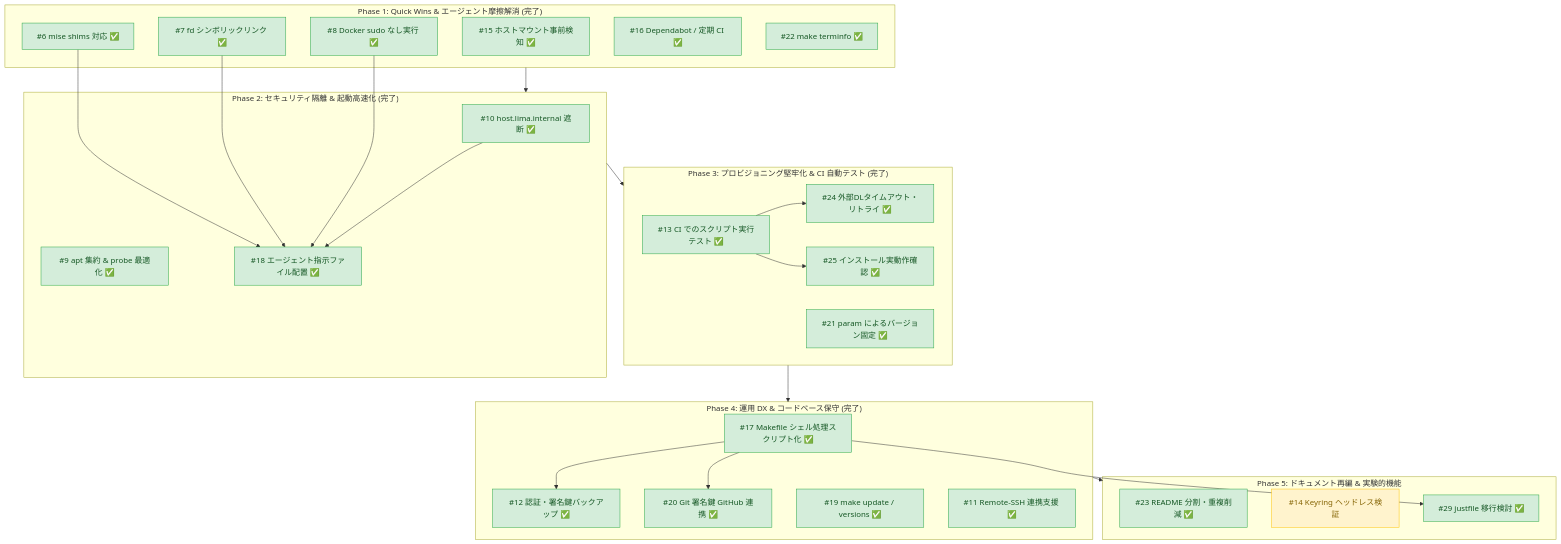
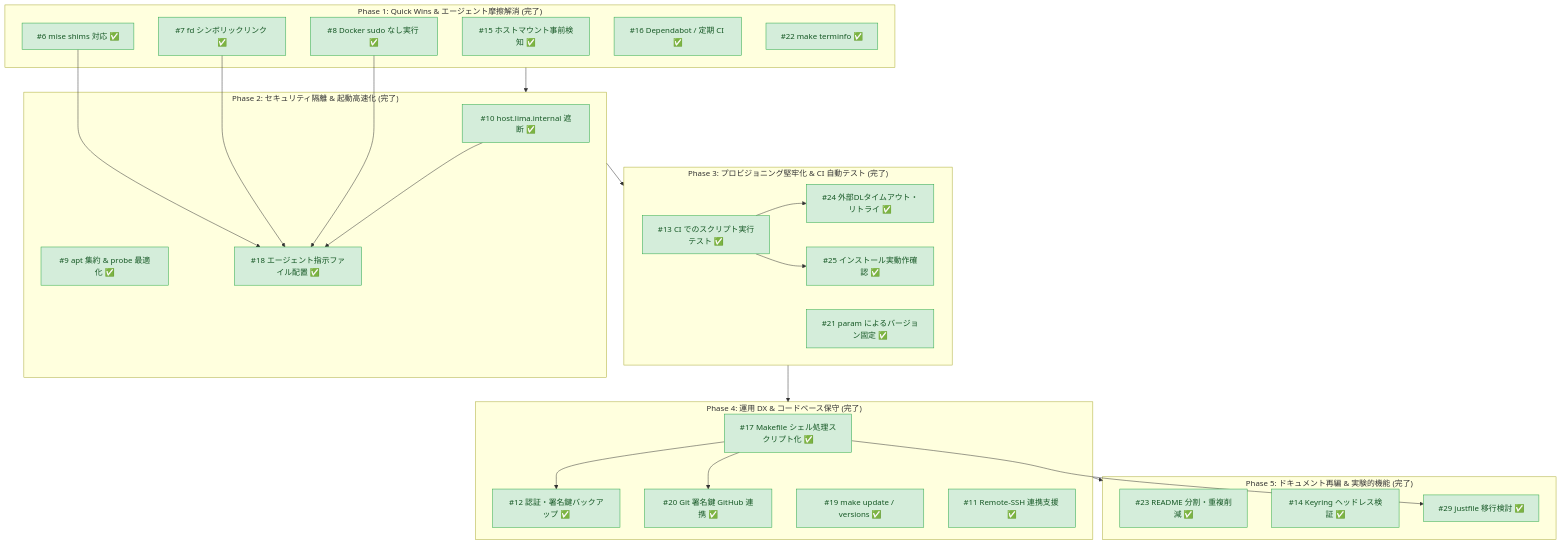
The diagram in docs/issue-prioritization.md (ikuy1203/lima-coding-sandbox), drawn with Mermaid before and after one commit. The commit also changed other lines of this file and 1 other file, not shown here.

````diff
--- a/docs/issue-prioritization.md
+++ b/docs/issue-prioritization.md
@@ -96,57 +96,55 @@
 ```mermaid
 flowchart TD
     subgraph Phase1["Phase 1: Quick Wins & エージェント摩擦解消 (完了)"]
         I15["#15 ホストマウント事前検知 ✅"]
         I7["#7 fd シンボリックリンク ✅"]
         I8["#8 Docker sudo なし実行 ✅"]
         I6["#6 mise shims 対応 ✅"]
         I16["#16 Dependabot / 定期 CI ✅"]
         I22["#22 make terminfo ✅"]
     end
 
     subgraph Phase2["Phase 2: セキュリティ隔離 & 起動高速化 (完了)"]
         I10["#10 host.lima.internal 遮断 ✅"]
         I9["#9 apt 集約 & probe 最適化 ✅"]
         I18["#18 エージェント指示ファイル配置 ✅"]
     end
 
     subgraph Phase3["Phase 3: プロビジョニング堅牢化 & CI 自動テスト (完了)"]
         I13["#13 CI でのスクリプト実行テスト ✅"]
         I24["#24 外部DLタイムアウト・リトライ ✅"]
         I25["#25 インストール実動作確認 ✅"]
         I21["#21 param によるバージョン固定 ✅"]
     end
 
     subgraph Phase4["Phase 4: 運用 DX & コードベース保守 (完了)"]
         I17["#17 Makefile シェル処理スクリプト化 ✅"]
         I12["#12 認証・署名鍵バックアップ ✅"]
         I20["#20 Git 署名鍵 GitHub 連携 ✅"]
         I19["#19 make update / versions ✅"]
         I11["#11 Remote-SSH 連携支援 ✅"]
     end
 
-    subgraph Phase5["Phase 5: ドキュメント再編 & 実験的機能"]
+    subgraph Phase5["Phase 5: ドキュメント再編 & 実験的機能 (完了)"]
         I23["#23 README 分割・重複削減 ✅"]
-        I14["#14 Keyring ヘッドレス検証"]
+        I14["#14 Keyring ヘッドレス検証 ✅"]
         I29["#29 justfile 移行検討 ✅"]
     end
 
     Phase1 --> Phase2
     Phase2 --> Phase3
     Phase3 --> Phase4
     Phase4 --> Phase5
     I6 --> I18
     I7 --> I18
     I8 --> I18
     I10 --> I18
     I13 --> I24
     I13 --> I25
     I17 --> I12
     I17 --> I20
     I17 --> I29
 
     classDef done fill:#d4edda,stroke:#28a745,color:#155724
-    classDef next fill:#fff3cd,stroke:#ffc107,color:#856404
-    class I15,I7,I8,I6,I16,I22,I10,I9,I18,I13,I24,I25,I21,I17,I12,I20,I19,I11,I23,I29 done
-    class I14 next
+    class I15,I7,I8,I6,I16,I22,I10,I9,I18,I13,I24,I25,I21,I17,I12,I20,I19,I11,I23,I14,I29 done
 ```
````
